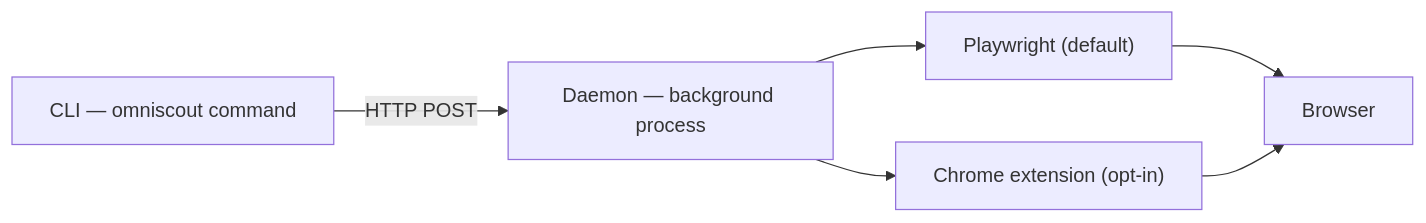
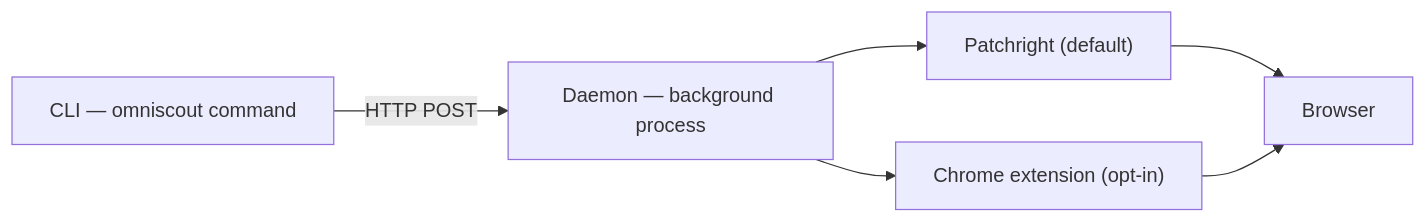
The diagram in content/docs/cli/architecture.ja.mdx (sriramramnath/omniscout-docs), drawn with Mermaid before and after one commit. The commit also changed other lines of this file and 109 other files, not shown here.

````diff
--- a/content/docs/cli/architecture.ja.mdx
+++ b/content/docs/cli/architecture.ja.mdx
@@ -13,8 +13,8 @@
 ```mermaid
 flowchart LR
   CLI["CLI — omniscout command"] -->|"HTTP POST"| Daemon["Daemon — background process"]
-  Daemon --> Playwright["Playwright (default)"]
+  Daemon --> Playwright["Patchright (default)"]
   Daemon --> Extension["Chrome extension (opt-in)"]
   Playwright --> Browser["Browser"]
   Extension --> Browser
 ```
````
